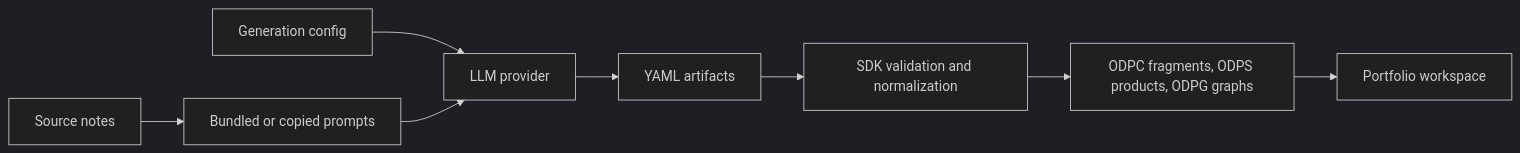
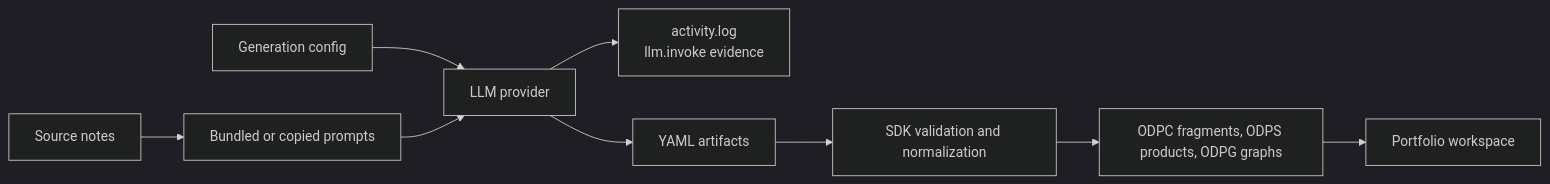
One commit to Open-Data-Product-Initiative/odp-agent-sdk changed the eighth of 9 diagrams in docs/development/sdk-architecture.md. Above: the diagram before and after it, drawn with Mermaid (dark theme). The commit also changed other lines of this file and 1 other file, not shown here.

Commit message:
Updated architecture doc

````diff
--- a/docs/development/sdk-architecture.md
+++ b/docs/development/sdk-architecture.md
@@ -349,19 +360,21 @@
 ```mermaid
 flowchart LR
     Sources[Source notes]
     Prompts[Bundled or copied prompts]
     Config[Generation config]
     Provider[LLM provider]
+    Activity[activity.log\nllm.invoke evidence]
     Artifacts[YAML artifacts]
     Validate[SDK validation and normalization]
     Outputs[ODPC fragments, ODPS products, ODPG graphs]
     Portfolio[Portfolio workspace]
 
     Sources --> Prompts
     Config --> Provider
     Prompts --> Provider
+    Provider --> Activity
     Provider --> Artifacts
     Artifacts --> Validate
     Validate --> Outputs
     Outputs --> Portfolio
 ```
````
